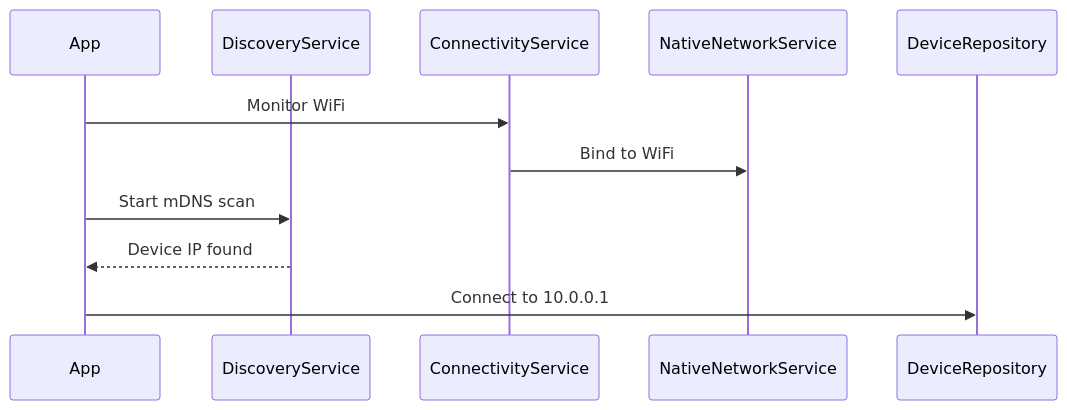
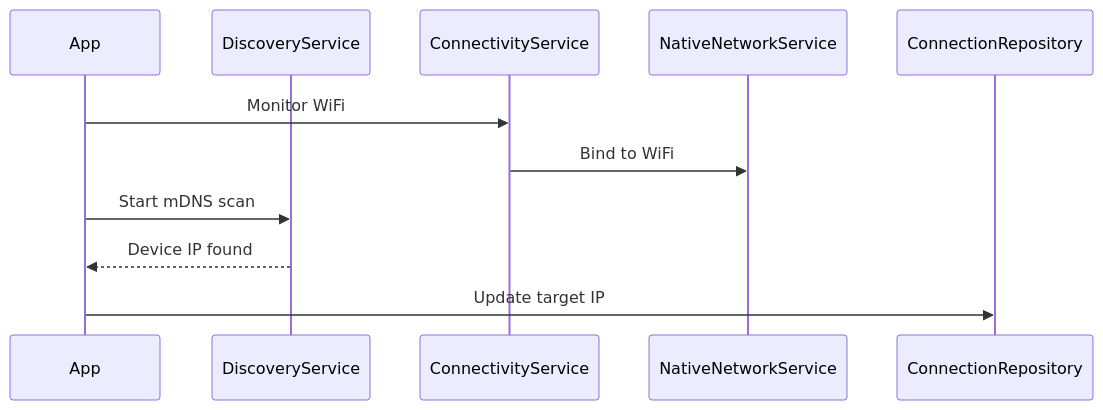
The fourth of 4 diagrams in .rp1/context/architecture.md (wbhinton/ELRS-Mobile), drawn with Mermaid before and after one commit. The commit also changed other lines of this file and 5 other files, not shown here.

````diff
--- a/.rp1/context/architecture.md
+++ b/.rp1/context/architecture.md
@@ -116,13 +150,13 @@
 ```mermaid
 sequenceDiagram
     participant App
     participant DiscoveryService
     participant ConnectivityService
     participant NativeNetworkService
     
     App->>ConnectivityService: Monitor WiFi
     ConnectivityService->>NativeNetworkService: Bind to WiFi
     App->>DiscoveryService: Start mDNS scan
     DiscoveryService-->>App: Device IP found
-    App->>DeviceRepository: Connect to 10.0.0.1
+    App->>ConnectionRepository: Update target IP
 ```
````
